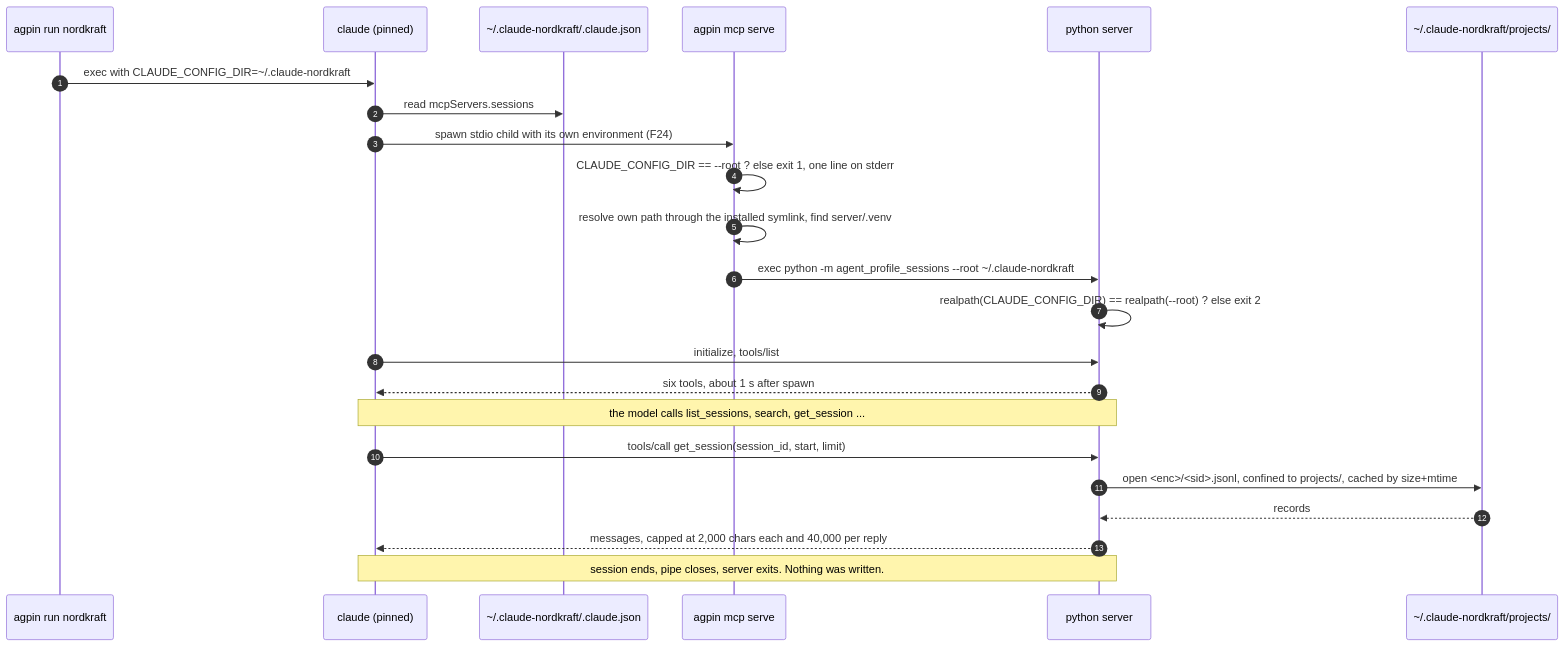
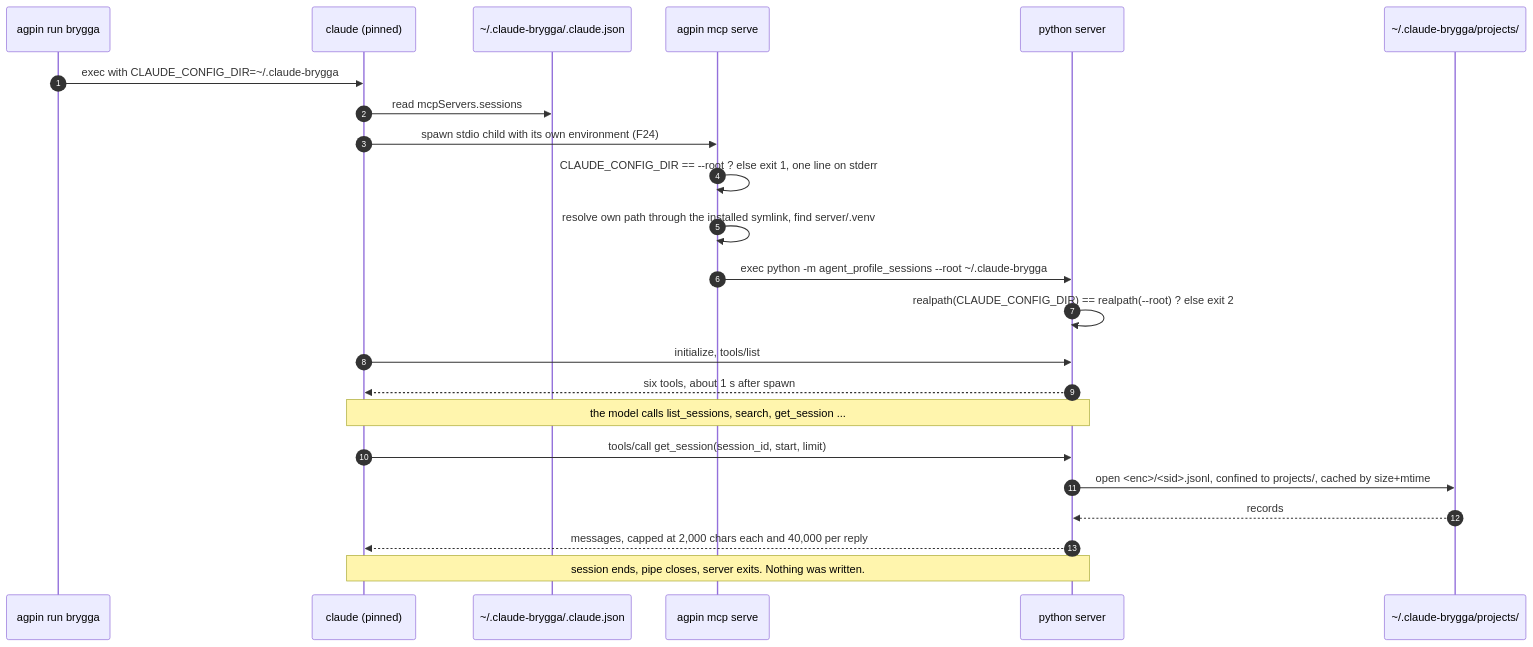
The second of 5 diagrams in docs/proposals/2026-09-15-sessions-mcp.md (mmsge/agent-profile-manager), drawn with Mermaid before and after one commit. The commit also changed other lines of this file and 20 other files, not shown here.

````diff
--- a/docs/proposals/2026-09-15-sessions-mcp.md
+++ b/docs/proposals/2026-09-15-sessions-mcp.md
@@ -189,26 +189,26 @@
 ```mermaid
 sequenceDiagram
     autonumber
-    participant U as agpin run nordkraft
+    participant U as agpin run brygga
     participant C as claude (pinned)
-    participant S as ~/.claude-nordkraft/.claude.json
+    participant S as ~/.claude-brygga/.claude.json
     participant L as agpin mcp serve
     participant P as python server
-    participant T as ~/.claude-nordkraft/projects/
+    participant T as ~/.claude-brygga/projects/
 
-    U->>C: exec with CLAUDE_CONFIG_DIR=~/.claude-nordkraft
+    U->>C: exec with CLAUDE_CONFIG_DIR=~/.claude-brygga
     C->>S: read mcpServers.sessions
     C->>L: spawn stdio child with its own environment (F24)
     L->>L: CLAUDE_CONFIG_DIR == --root ? else exit 1, one line on stderr
     L->>L: resolve own path through the installed symlink, find server/.venv
-    L->>P: exec python -m agent_profile_sessions --root ~/.claude-nordkraft
+    L->>P: exec python -m agent_profile_sessions --root ~/.claude-brygga
     P->>P: realpath(CLAUDE_CONFIG_DIR) == realpath(--root) ? else exit 2
     C->>P: initialize, tools/list
     P-->>C: six tools, about 1 s after spawn
     Note over C,P: the model calls list_sessions, search, get_session ...
     C->>P: tools/call get_session(session_id, start, limit)
     P->>T: open <enc>/<sid>.jsonl, confined to projects/, cached by size+mtime
     T-->>P: records
     P-->>C: messages, capped at 2,000 chars each and 40,000 per reply
     Note over C,P: session ends, pipe closes, server exits. Nothing was written.
 ```
````
